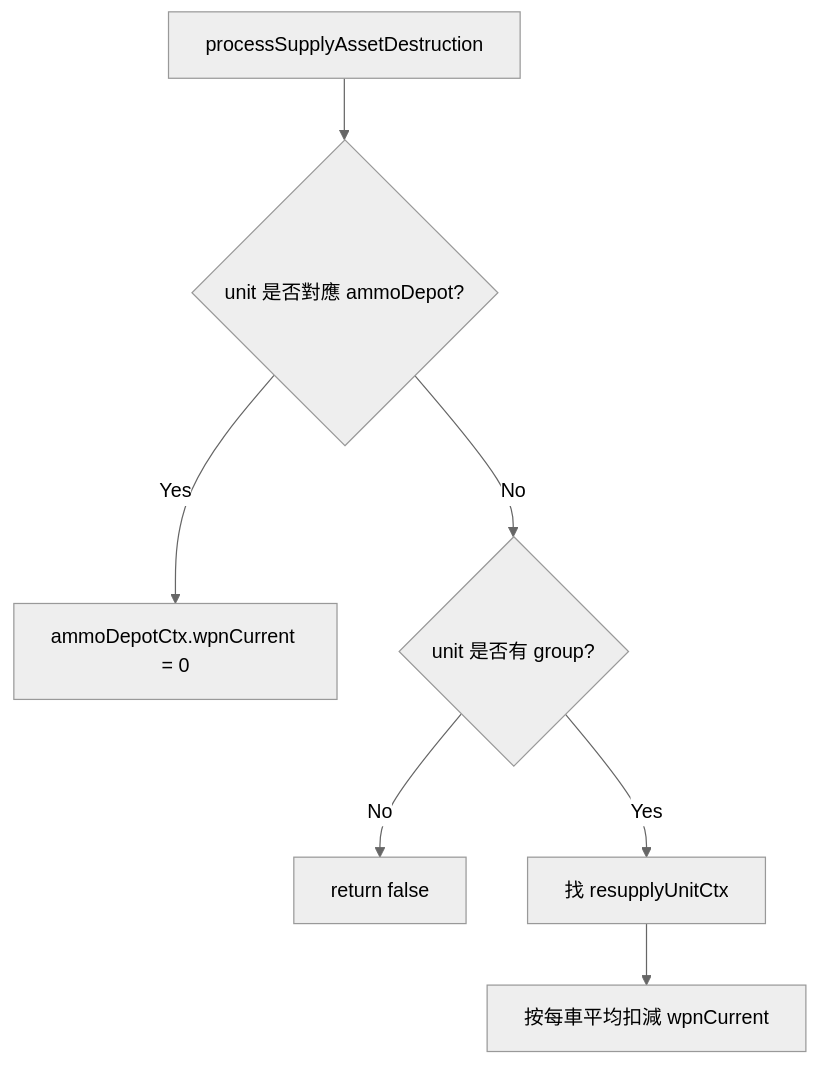
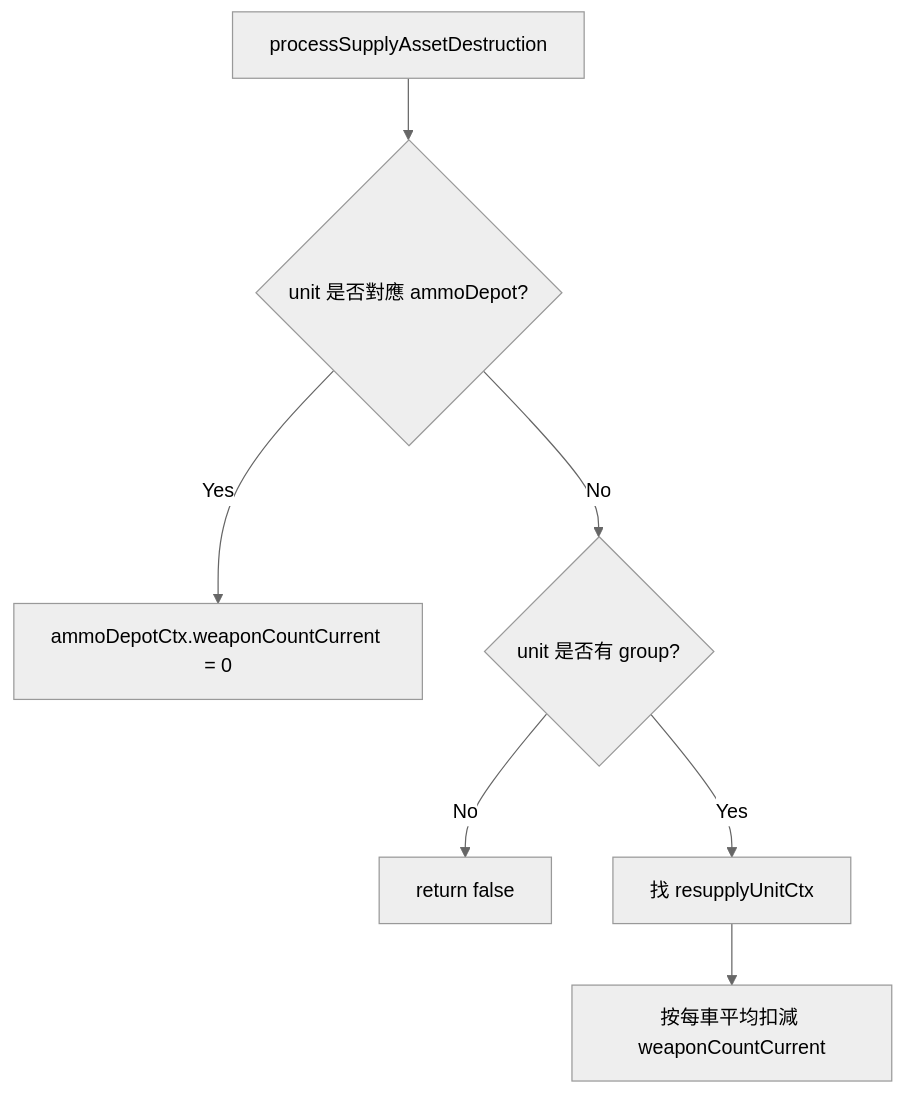
The diagram in docs/missileSystem/context.md (pullupjumper/formosa-in-flames), drawn with Mermaid (neutral theme) before and after one commit. The commit also changed other lines of this file and 67 other files, not shown here.

````diff
--- a/docs/missileSystem/context.md
+++ b/docs/missileSystem/context.md
@@ -24,9 +24,9 @@
 ```mermaid
 flowchart TD
     A[processSupplyAssetDestruction] --> B{unit 是否對應 ammoDepot?}
-    B -->|Yes| C[ammoDepotCtx.wpnCurrent = 0]
+    B -->|Yes| C[ammoDepotCtx.weaponCountCurrent = 0]
     B -->|No| D{unit 是否有 group?}
     D -->|No| E[return false]
     D -->|Yes| F[找 resupplyUnitCtx]
-    F --> G[按每車平均扣減 wpnCurrent]
+    F --> G[按每車平均扣減 weaponCountCurrent]
 ```
````
